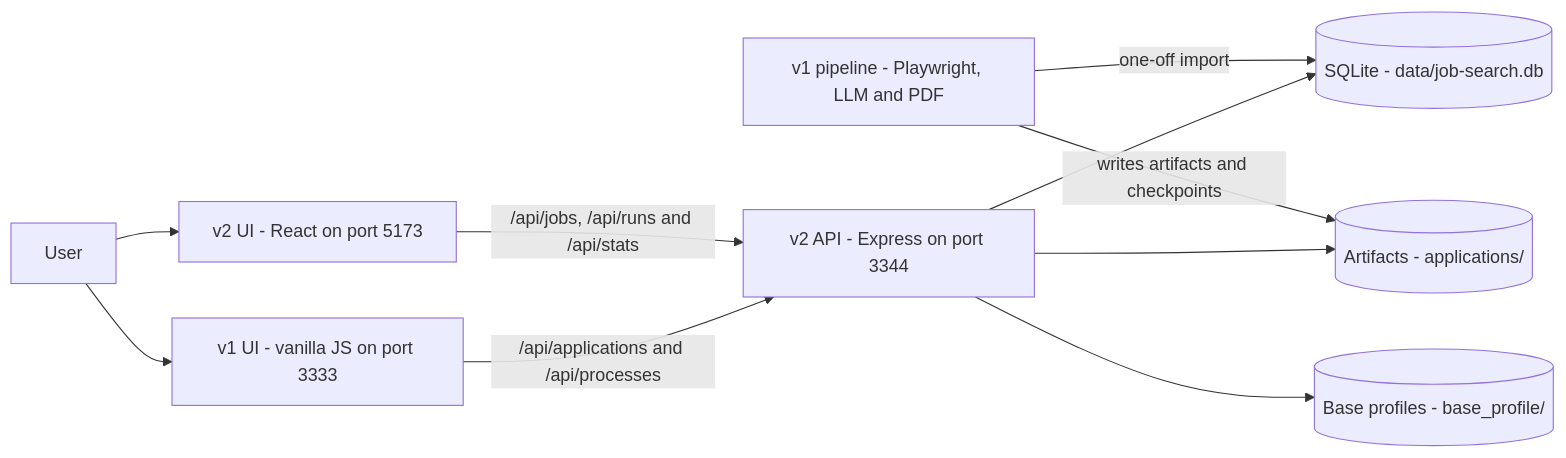
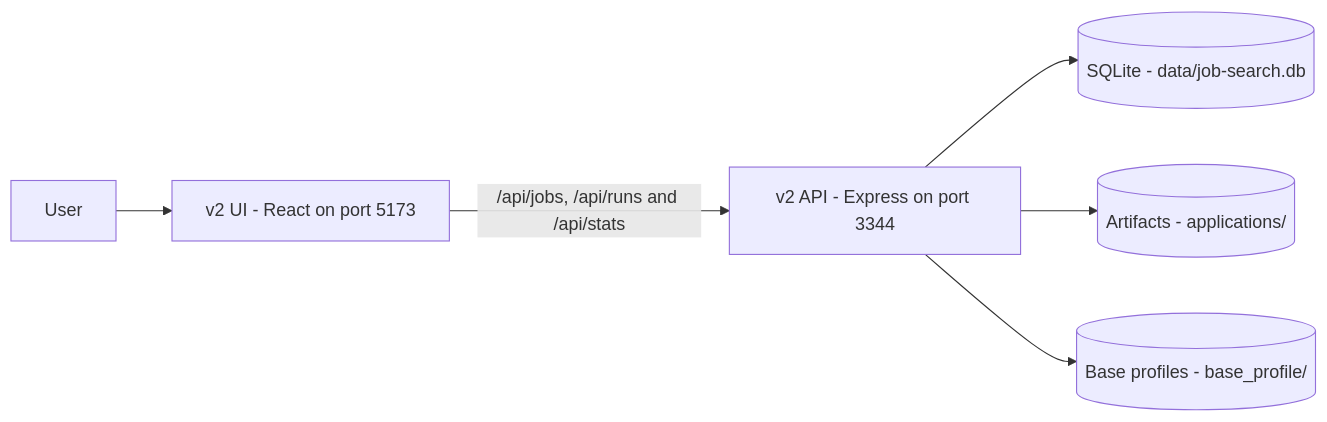
The first of 8 diagrams in docs/architecture.md (HDias/job-search), drawn with Mermaid before and after one commit. The commit also changed other lines of this file and 13 other files, not shown here.

First line of the commit message:
Refresh documentation and add pipeline port review (#3)

````diff
--- a/docs/architecture.md
+++ b/docs/architecture.md
@@ -17,21 +19,15 @@
 ```mermaid
 flowchart LR
   USER["User"]
-  UI1["v1 UI - vanilla JS on port 3333"]
   UI2["v2 UI - React on port 5173"]
   API["v2 API - Express on port 3344"]
-  PIPE["v1 pipeline - Playwright, LLM and PDF"]
   DB[("SQLite - data/job-search.db")]
   FS[("Artifacts - applications/")]
   BASE[("Base profiles - base_profile/")]
 
-  USER --> UI1
   USER --> UI2
-  UI1 -->|"/api/applications and /api/processes"| API
   UI2 -->|"/api/jobs, /api/runs and /api/stats"| API
   API --> DB
   API --> FS
   API --> BASE
-  PIPE -->|"writes artifacts and checkpoints"| FS
-  PIPE -->|"one-off import"| DB
 ```
````
